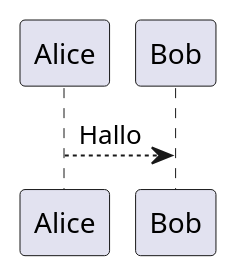
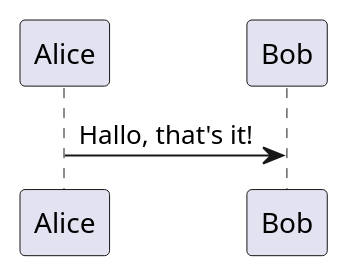
One commit to 8biz/playground changed the diagram in Idea.puml. Above: the diagram before and after it, drawn with PlantUML.

```diff
--- a/Idea.puml
+++ b/Idea.puml
@@ -1,5 +1,5 @@
 @startuml
 
-Alice --> Bob : Hallo
+Alice -> Bob : Hallo, that's it!
 
 @enduml
```
